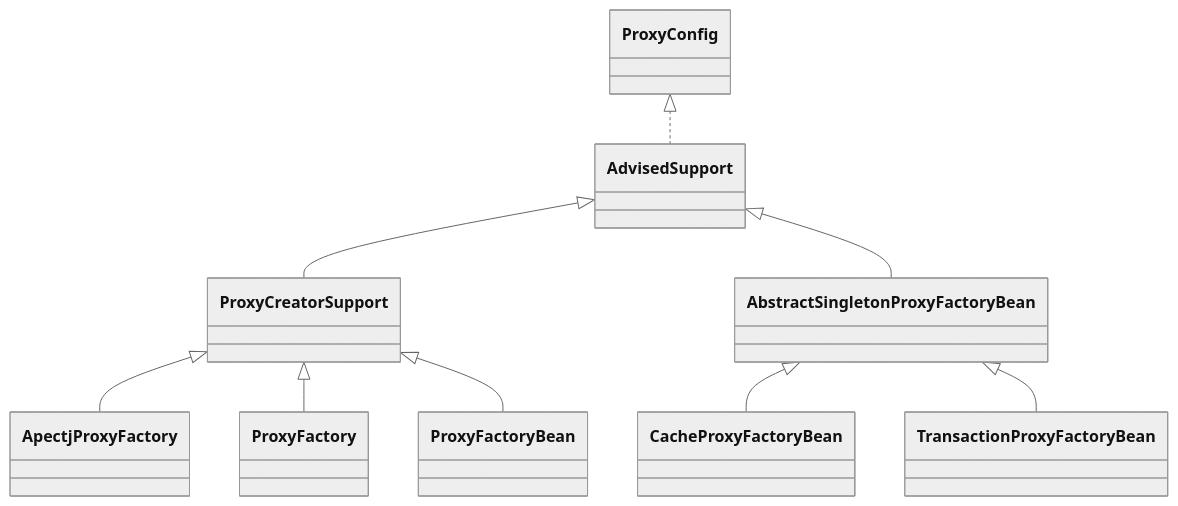
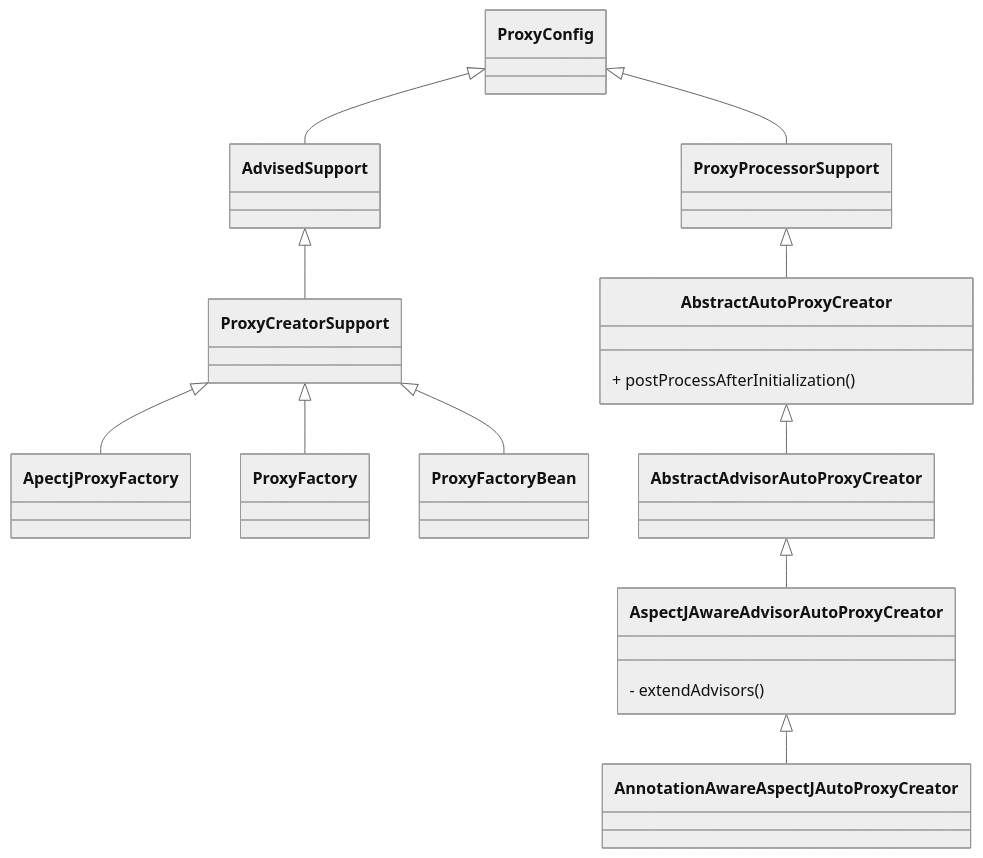
The diagram in modules/technology/Spring-aop.md (Clinan/blog), drawn with Mermaid (neutral theme) before and after one commit. The commit also changed other lines of this file, not shown here.

````diff
--- a/modules/technology/Spring-aop.md
+++ b/modules/technology/Spring-aop.md
@@ -21,12 +51,22 @@
 ```mermaid
 classDiagram
-	ProxyConfig <|.. AdvisedSupport
+	ProxyConfig <|-- AdvisedSupport
 	AdvisedSupport <|-- ProxyCreatorSupport
-	AdvisedSupport <|-- AbstractSingletonProxyFactoryBean
+	
 	ProxyCreatorSupport <|-- ApectjProxyFactory
 	ProxyCreatorSupport <|-- ProxyFactory
 	ProxyCreatorSupport <|-- ProxyFactoryBean
 	
-	AbstractSingletonProxyFactoryBean <|-- CacheProxyFactoryBean
-	AbstractSingletonProxyFactoryBean <|-- TransactionProxyFactoryBean
+	ProxyConfig <|--ProxyProcessorSupport
+	ProxyProcessorSupport <|-- AbstractAutoProxyCreator
+	AbstractAutoProxyCreator <|-- AbstractAdvisorAutoProxyCreator
+	AbstractAdvisorAutoProxyCreator <|-- AspectJAwareAdvisorAutoProxyCreator
+	AspectJAwareAdvisorAutoProxyCreator <|-- AnnotationAwareAspectJAutoProxyCreator
+	
+	class AspectJAwareAdvisorAutoProxyCreator{
+		- extendAdvisors()
+	}
+	class AbstractAutoProxyCreator {
+		+ postProcessAfterInitialization()
+	}
 ```
````
